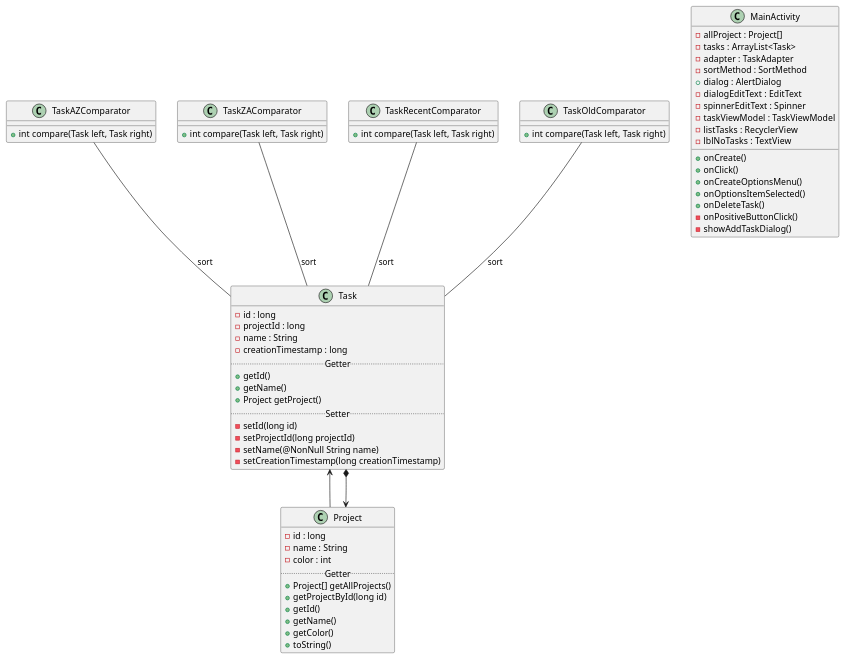
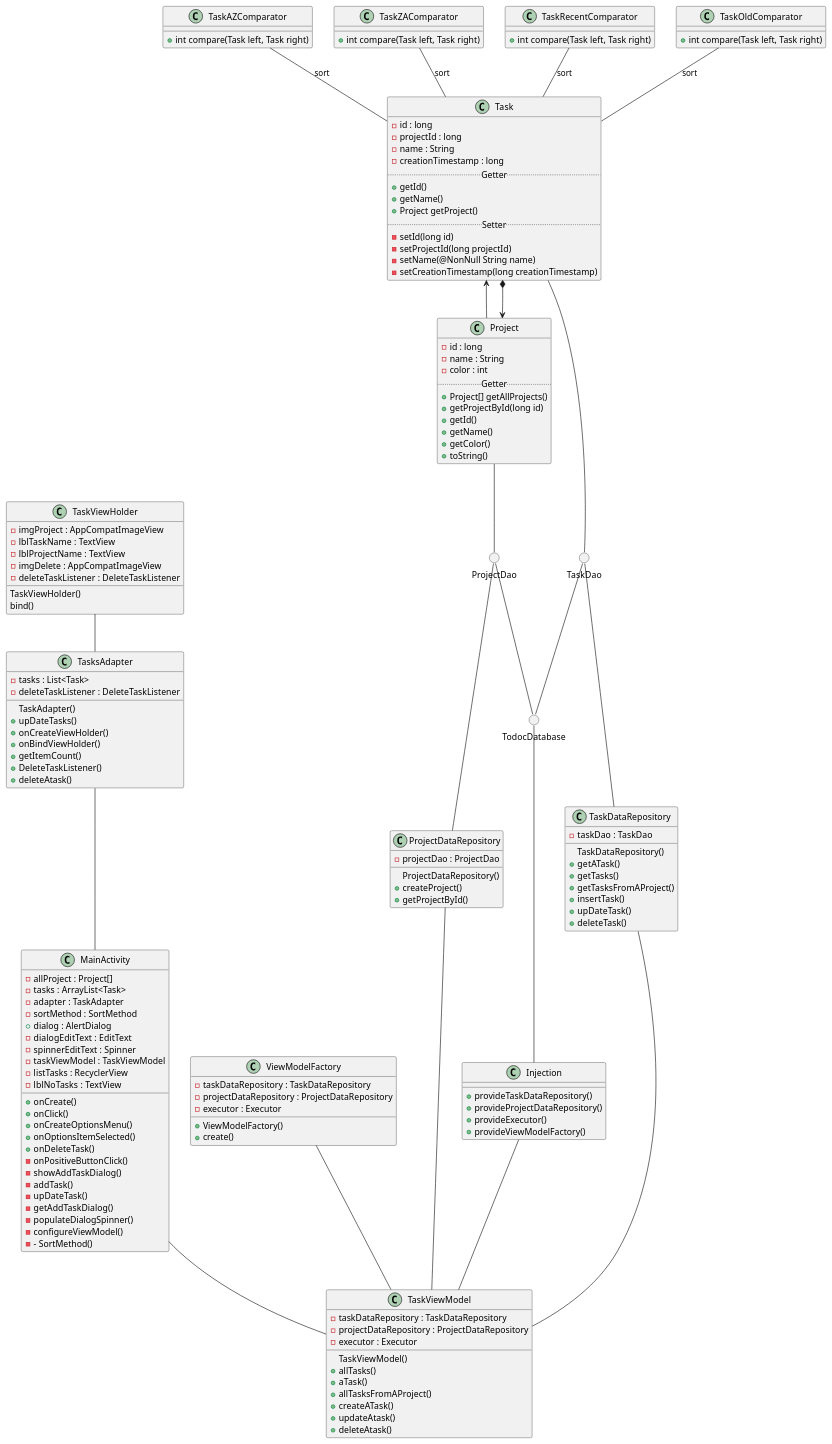
Before and after one commit to CARAU101517/P5_OC_Cleanup_TODOC: the diagram in modularchitecture.puml, drawn with PlantUML. The commit also changed 3 other files, not shown here.

Commit message:
Uml classes diagram

```diff
--- a/modularchitecture.puml
+++ b/modularchitecture.puml
@@ -1,78 +1,177 @@
 @startuml Todoc Classes Diagram
 class Task {
  - id : long
  - projectId : long
  - name : String
  - creationTimestamp : long
  ..Getter..
  + getId()
  + getName()
  + Project getProject()
  ..Setter..
  - setId(long id)
  - setProjectId(long projectId)
  - setName(@NonNull String name)
  - setCreationTimestamp(long creationTimestamp)
  }
 
 class TaskAZComparator {
  + int compare(Task left, Task right)
  }
 
 class TaskZAComparator {
  + int compare(Task left, Task right)
  }
 
 class TaskRecentComparator {
 + int compare(Task left, Task right)
  }
 
 class TaskOldComparator {
  + int compare(Task left, Task right)
  }
 
 class Project {
  - id : long
  - name : String
  - color : int
  ..Getter..
  + Project[] getAllProjects()
  + getProjectById(long id)
  + getId()
  + getName()
  + getColor()
  + toString()
  }
 
 Project <--* Task
 Task <-- Project
 
 TaskAZComparator -- Task : sort
 TaskZAComparator -- Task : sort
 TaskRecentComparator -- Task : sort
 TaskOldComparator -- Task : sort
 
 class MainActivity {
  - allProject : Project[]
  - tasks : ArrayList<Task>
  - adapter : TaskAdapter
  - sortMethod : SortMethod
  + dialog : AlertDialog
  - dialogEditText : EditText
  - spinnerEditText : Spinner
  - taskViewModel : TaskViewModel
  - listTasks : RecyclerView
  - lblNoTasks : TextView
 
  + onCreate()
  + onClick()
  + onCreateOptionsMenu()
  + onOptionsItemSelected()
  + onDeleteTask()
  - onPositiveButtonClick()
  - showAddTaskDialog()
-
+ - addTask()
+ - upDateTask()
+ - getAddTaskDialog()
+ - populateDialogSpinner()
+ - configureViewModel()
+ - - SortMethod()
  }
 
+ circle TaskDao
+
+ circle TodocDatabase
+
+ circle ProjectDao
+
+ class TaskDataRepository {
+  - taskDao : TaskDao
+
+    TaskDataRepository()
+  + getATask()
+  + getTasks()
+  + getTasksFromAProject()
+  + insertTask()
+  + upDateTask()
+  + deleteTask()
+  }
+
+ class ProjectDataRepository {
+  - projectDao : ProjectDao
+
+    ProjectDataRepository()
+  + createProject()
+  + getProjectById()
+  }
+
+ class ViewModelFactory {
+ - taskDataRepository : TaskDataRepository
+ - projectDataRepository : ProjectDataRepository
+ - executor : Executor
+
+ + ViewModelFactory()
+ + create()
+ }
+
+class TaskViewModel {
+ - taskDataRepository : TaskDataRepository
+ - projectDataRepository : ProjectDataRepository
+ - executor : Executor
+
+   TaskViewModel()
+ + allTasks()
+ + aTask()
+ + allTasksFromAProject()
+ + createATask()
+ + updateAtask()
+ + deleteAtask()
+ }
+
+ class Injection{
+ + provideTaskDataRepository()
+ + provideProjectDataRepository()
+ + provideExecutor()
+ + provideViewModelFactory()
+ }
+
+ class TasksAdapter {
+  - tasks : List<Task>
+  - deleteTaskListener : DeleteTaskListener
+
+    TaskAdapter()
+  + upDateTasks()
+  + onCreateViewHolder()
+  + onBindViewHolder()
+  + getItemCount()
+  + DeleteTaskListener()
+  + deleteAtask()
+  }
+
+  class TaskViewHolder {
+  - imgProject : AppCompatImageView
+  - lblTaskName : TextView
+  - lblProjectName : TextView
+  - imgDelete : AppCompatImageView
+  - deleteTaskListener : DeleteTaskListener
+
+   TaskViewHolder()
+   bind()
+  }
+
+  TaskViewHolder -- TasksAdapter
+  MainActivity -- TaskViewModel
+  ViewModelFactory -- TaskViewModel
+  TaskDataRepository -- TaskViewModel
+  ProjectDataRepository -- TaskViewModel
+  TodocDatabase -- Injection
+  Injection -- TaskViewModel
+  ProjectDao -- ProjectDataRepository
+  TaskDao -- TaskDataRepository
+  TasksAdapter -- MainActivity
+  Task -- TaskDao
+  Project -- ProjectDao
+  TaskDao -- TodocDatabase
+  ProjectDao -- TodocDatabase
 
 @enduml
```
